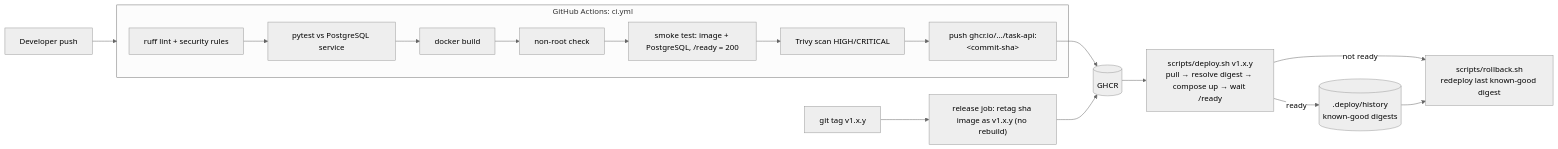
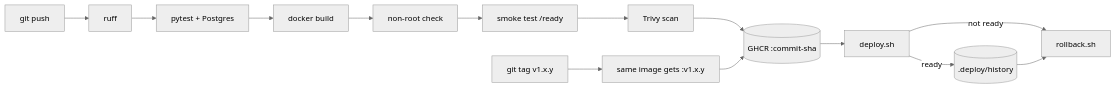
Before and after one commit to Abdu11ahBilal/Devops-Assignment-Apex-Arabia: the first of 2 diagrams in docs/architecture.md, drawn with Mermaid (neutral theme). The commit also changed other lines of this file and 4 other files, not shown here.

````diff
--- a/docs/architecture.md
+++ b/docs/architecture.md
@@ -5,19 +5,11 @@
 ```mermaid
 flowchart LR
-    dev[Developer push] --> gha
-    subgraph gha[GitHub Actions: ci.yml]
-        lint[ruff lint + security rules] --> test[pytest vs PostgreSQL service]
-        test --> build[docker build]
-        build --> nonroot[non-root check]
-        nonroot --> smoke[smoke test: image + PostgreSQL, /ready = 200]
-        smoke --> trivy[Trivy scan HIGH/CRITICAL]
-        trivy --> push["push ghcr.io/…/task-api:&lt;commit-sha&gt;"]
-    end
-    tag[git tag v1.x.y] --> promote["release job: retag sha image as v1.x.y (no rebuild)"]
-    push --> ghcr[(GHCR)]
-    promote --> ghcr
-    ghcr --> deploy["scripts/deploy.sh v1.x.y<br/>pull → resolve digest → compose up → wait /ready"]
-    deploy -- ready --> history[(.deploy/history<br/>known-good digests)]
-    deploy -- not ready --> rollback["scripts/rollback.sh<br/>redeploy last known-good digest"]
+    dev[git push] --> lint[ruff] --> test[pytest + Postgres] --> build[docker build]
+    build --> nonroot[non-root check] --> smoke[smoke test /ready] --> trivy[Trivy scan]
+    trivy --> push[(GHCR :commit-sha)]
+    tag[git tag v1.x.y] --> promote[same image gets :v1.x.y]
+    promote --> push
+    push --> deploy[deploy.sh] -->|ready| history[(.deploy/history)]
+    deploy -->|not ready| rollback[rollback.sh]
     history --> rollback
 ```
````
